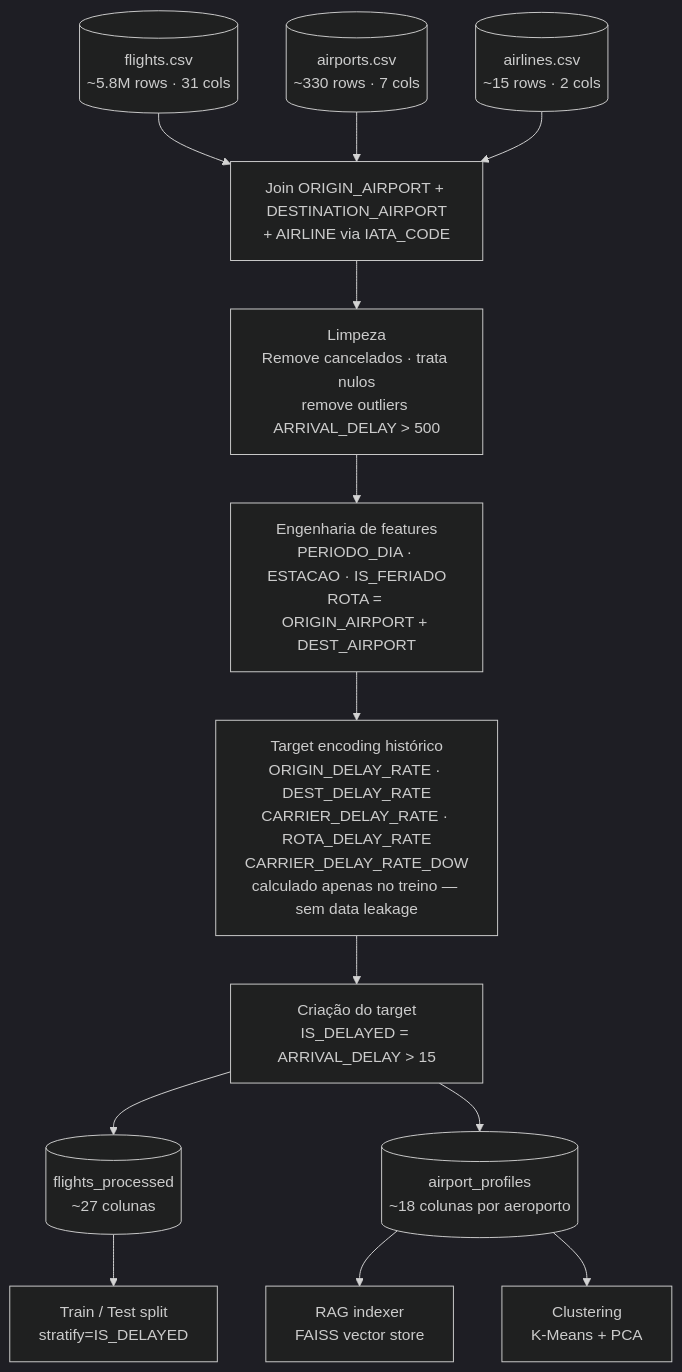
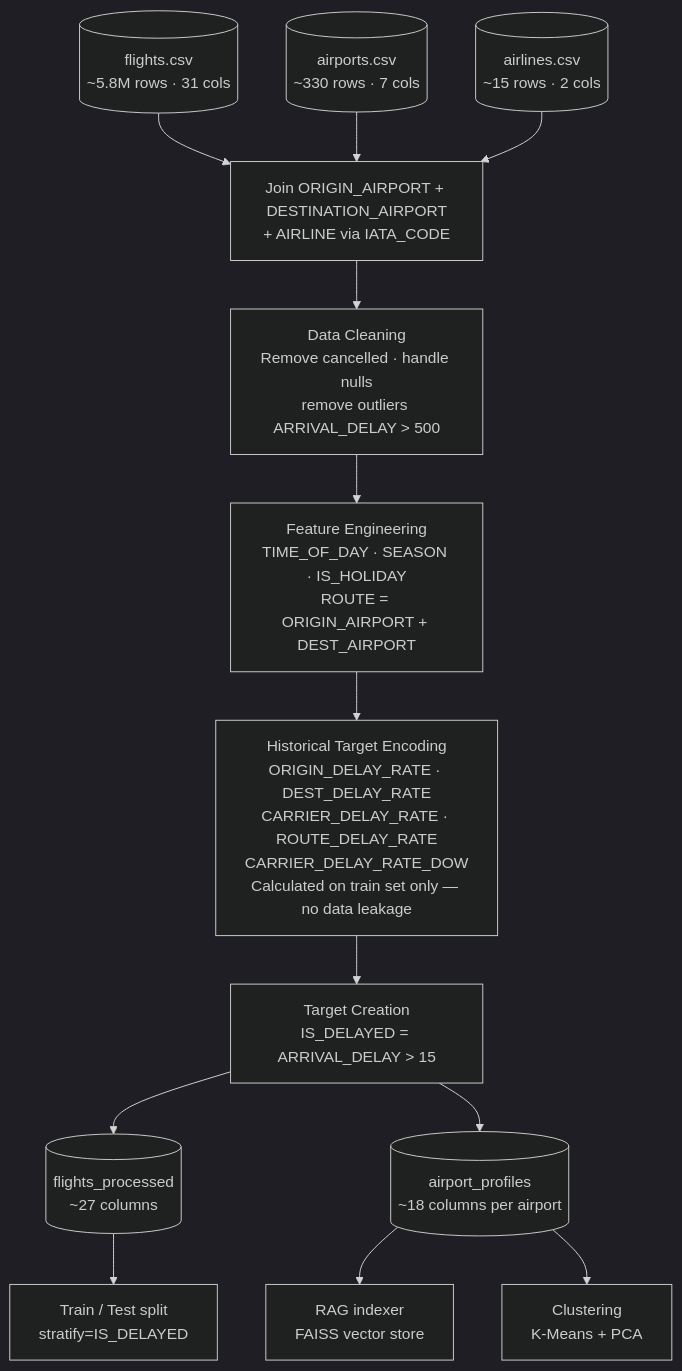
Before and after one commit to GuilhermeLossio/Tech-Challange-FIAP-3: the second of 4 diagrams in docs/PROTOTYPE.md, drawn with Mermaid (dark theme). The commit also changed other lines of this file, not shown here.

````diff
--- a/docs/PROTOTYPE.md
+++ b/docs/PROTOTYPE.md
@@ -68,23 +67,23 @@
 ```mermaid
 flowchart TD
     A[(flights.csv\n~5.8M rows · 31 cols)] --> C
     B[(airports.csv\n~330 rows · 7 cols)]  --> C
     D[(airlines.csv\n~15 rows · 2 cols)]   --> C
 
     C[Join ORIGIN_AIRPORT + DESTINATION_AIRPORT\n+ AIRLINE via IATA_CODE]
 
-    C --> E[Limpeza\nRemove cancelados · trata nulos\nremove outliers ARRIVAL_DELAY > 500]
+    C --> E[Data Cleaning\nRemove cancelled · handle nulls\nremove outliers ARRIVAL_DELAY > 500]
 
-    E --> F[Engenharia de features\nPERIODO_DIA · ESTACAO · IS_FERIADO\nROTA = ORIGIN_AIRPORT + DEST_AIRPORT]
+    E --> F[Feature Engineering\nTIME_OF_DAY · SEASON · IS_HOLIDAY\nROUTE = ORIGIN_AIRPORT + DEST_AIRPORT]
 
-    F --> G[Target encoding histórico\nORIGIN_DELAY_RATE · DEST_DELAY_RATE\nCARRIER_DELAY_RATE · ROTA_DELAY_RATE\nCARRIER_DELAY_RATE_DOW\ncalculado apenas no treino — sem data leakage]
+    F --> G[Historical Target Encoding\nORIGIN_DELAY_RATE · DEST_DELAY_RATE\nCARRIER_DELAY_RATE · ROUTE_DELAY_RATE\nCARRIER_DELAY_RATE_DOW\nCalculated on train set only — no data leakage]
 
-    G --> H[Criação do target\nIS_DELAYED = ARRIVAL_DELAY > 15]
+    G --> H[Target Creation\nIS_DELAYED = ARRIVAL_DELAY > 15]
 
-    H --> I[(flights_processed\n~27 colunas)]
-    H --> J[(airport_profiles\n~18 colunas por aeroporto)]
+    H --> I[(flights_processed\n~27 columns)]
+    H --> J[(airport_profiles\n~18 columns per airport)]
 
     I --> K[Train / Test split\nstratify=IS_DELAYED]
     J --> L[RAG indexer\nFAISS vector store]
     J --> M[Clustering\nK-Means + PCA]
 ```
````
